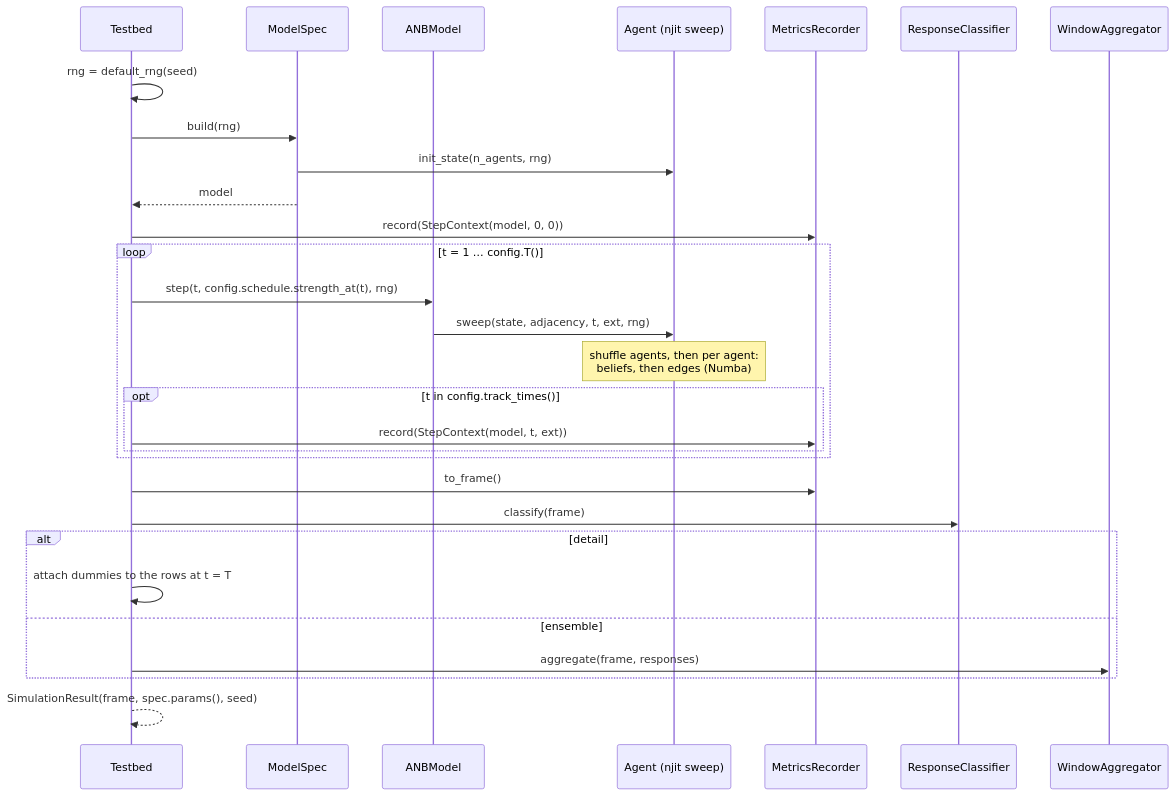
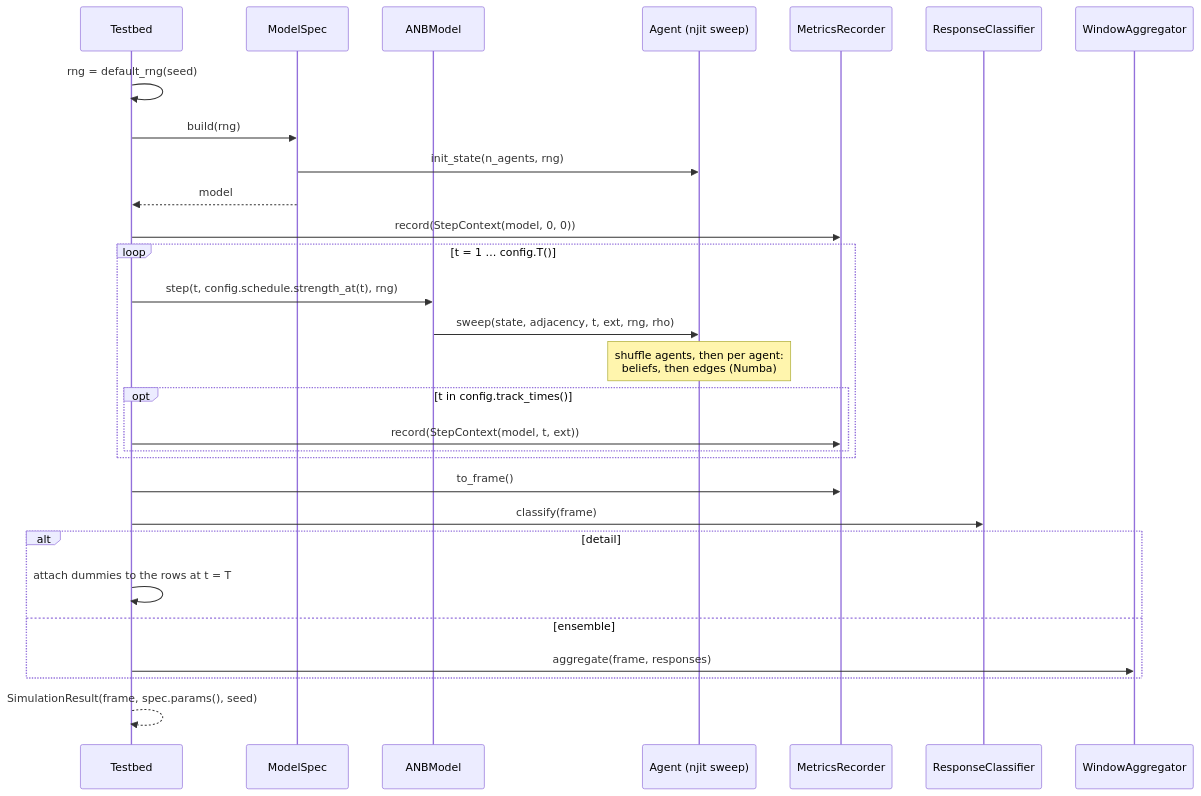
One commit to PeterSteiglechner/adaptive-networks-beliefs-tim changed the fourth of 4 diagrams in docu/class-design.md. Above: the diagram before and after it, drawn with Mermaid. The commit also changed other lines of this file and 8 other files, not shown here.

````diff
--- a/docu/class-design.md
+++ b/docu/class-design.md
@@ -354,32 +354,32 @@
 ```mermaid
 sequenceDiagram
     participant TB as Testbed
     participant MS as ModelSpec
     participant M as ANBModel
     participant A as Agent (njit sweep)
     participant R as MetricsRecorder
     participant C as ResponseClassifier
     participant W as WindowAggregator
 
     TB->>TB: rng = default_rng(seed)
     TB->>MS: build(rng)
     MS->>A: init_state(n_agents, rng)
     MS-->>TB: model
     TB->>R: record(StepContext(model, 0, 0))
     loop t = 1 … config.T()
         TB->>M: step(t, config.schedule.strength_at(t), rng)
-        M->>A: sweep(state, adjacency, t, ext, rng)
+        M->>A: sweep(state, adjacency, t, ext, rng, rho)
         Note over A: shuffle agents, then per agent:<br/>beliefs, then edges (Numba)
         opt t in config.track_times()
             TB->>R: record(StepContext(model, t, ext))
         end
     end
     TB->>R: to_frame()
     TB->>C: classify(frame)
     alt detail
         TB->>TB: attach dummies to the rows at t = T
     else ensemble
         TB->>W: aggregate(frame, responses)
     end
     TB-->>TB: SimulationResult(frame, spec.params(), seed)
 ```
````
